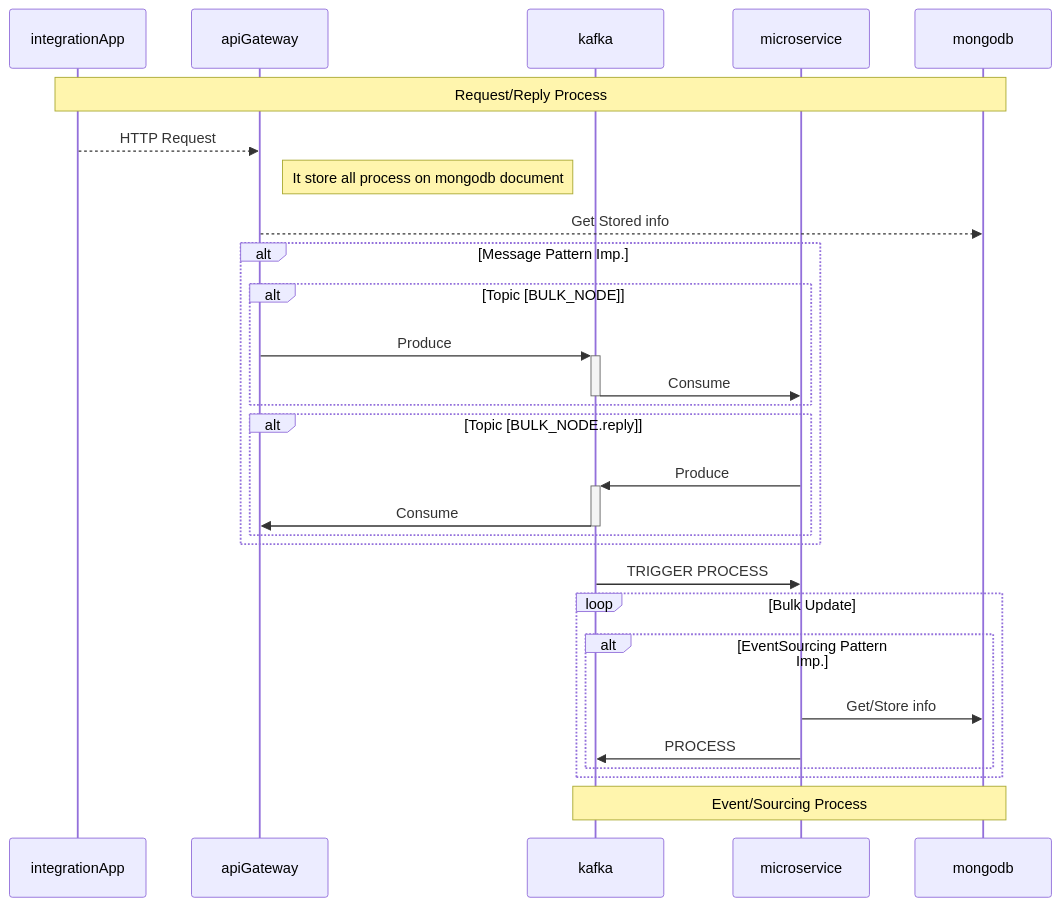
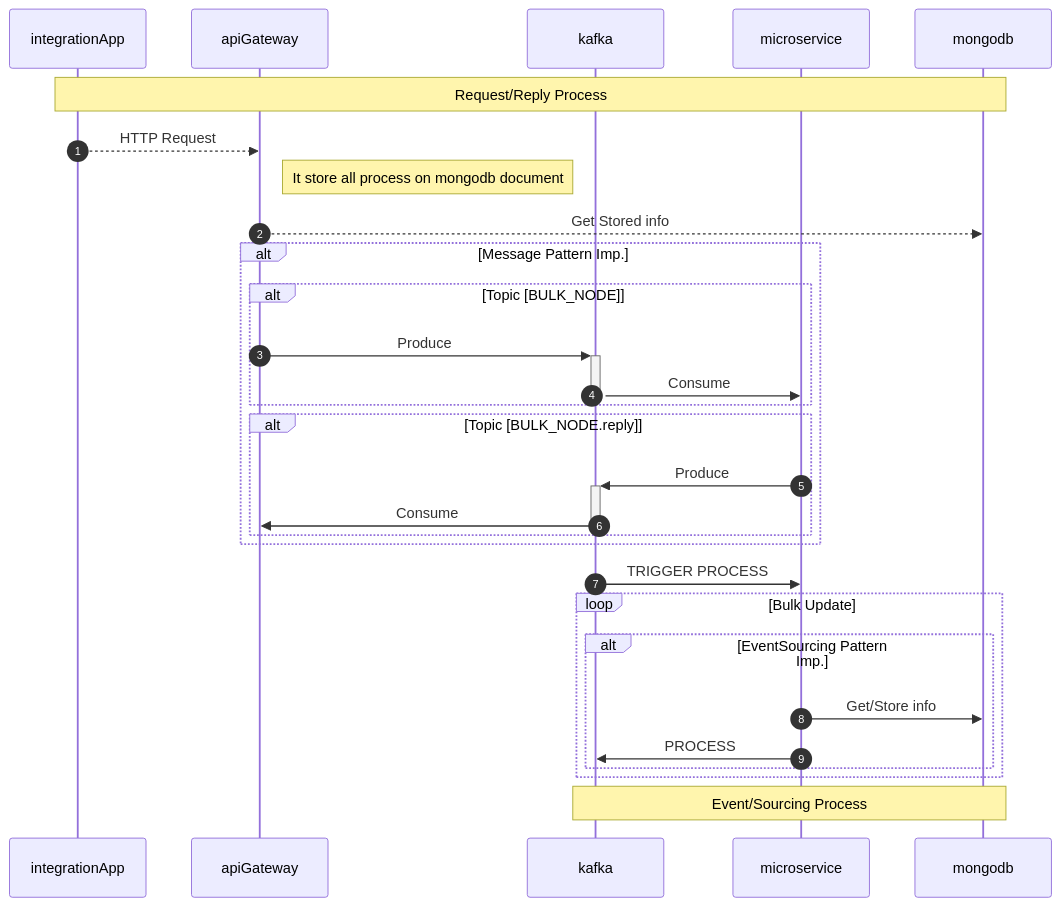
Before and after one commit to RodLopezDev/integration-test-multivende: the second of 2 diagrams in Readme.md, drawn with Mermaid. The commit also changed other lines of this file and 4 other files, not shown here.

Commit message:
docs: :books: added sequece diagram

````diff
--- a/Readme.md
+++ b/Readme.md
@@ -5,38 +32,39 @@
 ```mermaid
 sequenceDiagram
+    autonumber
     participant integrationApp
     participant apiGateway
     participant kafka
     participant microservice
     participant mongodb
 
     Note over integrationApp,mongodb: Request/Reply Process
 
     integrationApp-->>apiGateway: HTTP Request
 
     Note right of apiGateway: It store all process on mongodb document
         apiGateway-->>mongodb: Get Stored info
 
     alt Message Pattern Imp.
         alt Topic [BULK_NODE]
             apiGateway->>+kafka: Produce
             kafka->>-microservice: Consume
         end
 
         alt Topic [BULK_NODE.reply]
             microservice->>+kafka: Produce
             kafka->>-apiGateway: Consume
         end
     end
 
     kafka->>microservice: TRIGGER PROCESS
 
     loop Bulk Update
         alt EventSourcing Pattern Imp.
             microservice->>mongodb: Get/Store info
             microservice->>kafka: PROCESS
         end
     end
 
     Note over kafka,mongodb: Event/Sourcing Process
 ```
````
